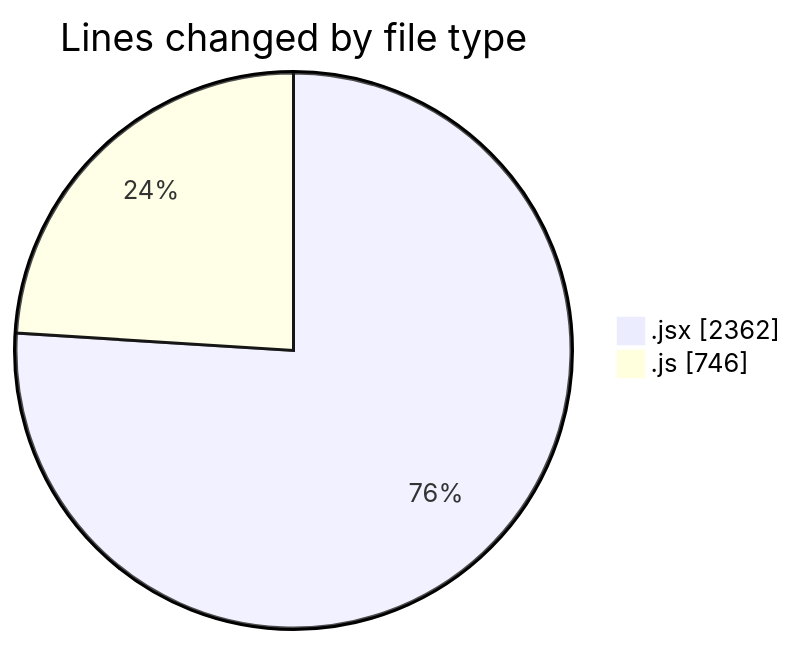
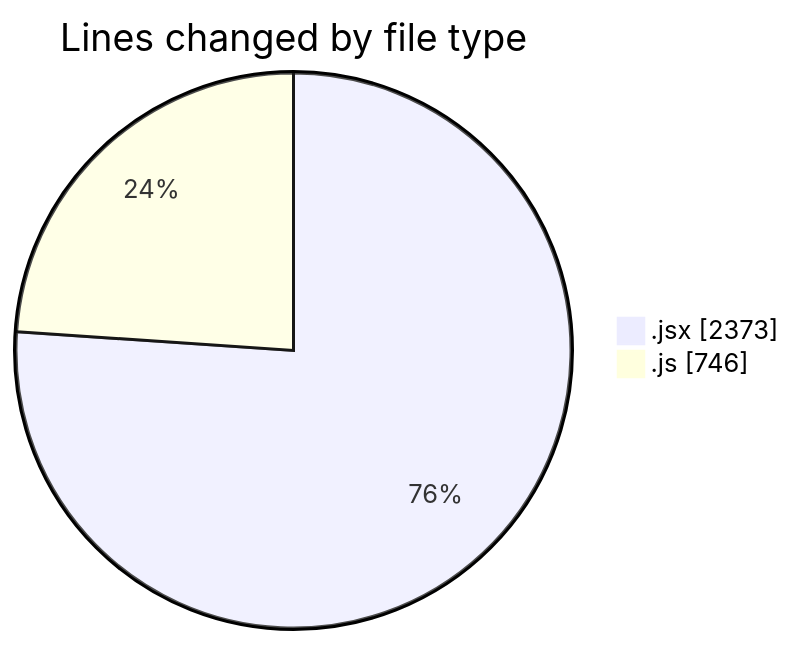
The first of 2 diagrams in 2025-07-14/argos/README.md (nxtqubesakshisongat/code-tracking), drawn with Mermaid before and after one commit. The commit also changed other lines of this file and 1 other file, not shown here.

````diff
--- a/2025-07-14/argos/README.md
+++ b/2025-07-14/argos/README.md
@@ -24,6 +24,6 @@
 ```mermaid
 pie showData
 title Lines changed by file type
-".jsx" : 2362
+".jsx" : 2373
 ".js" : 746
 ```
````
